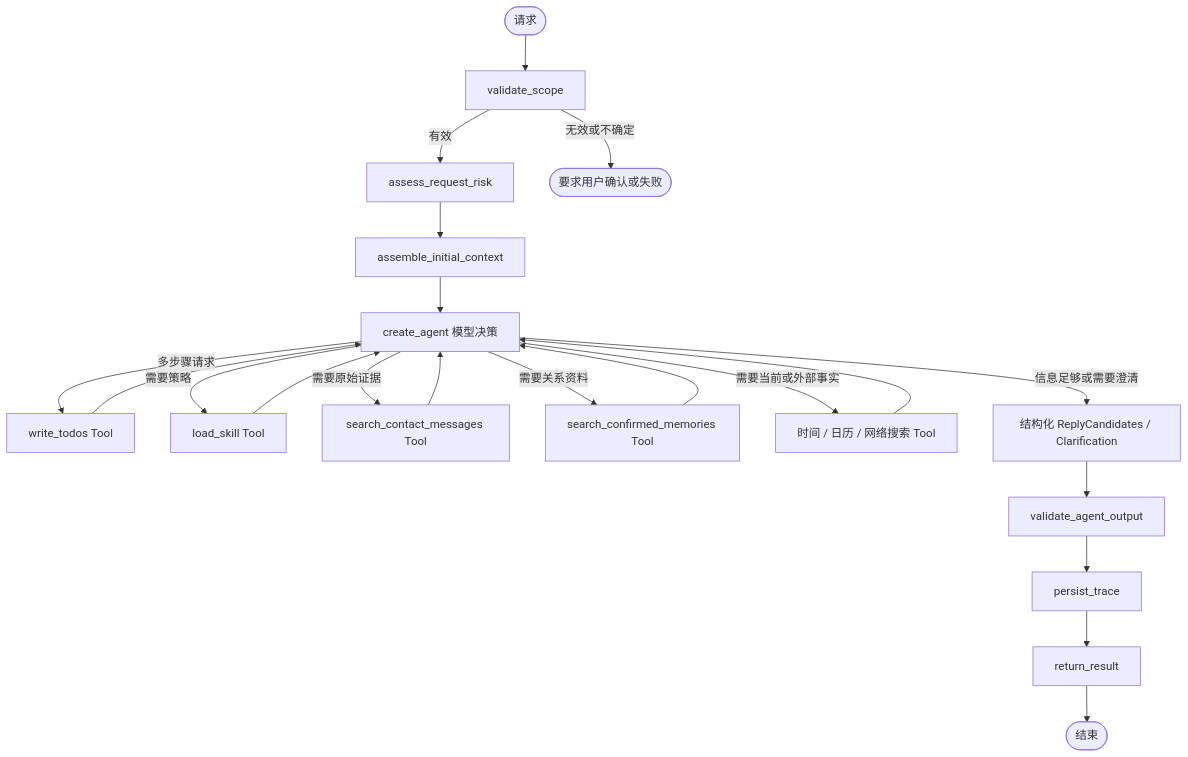
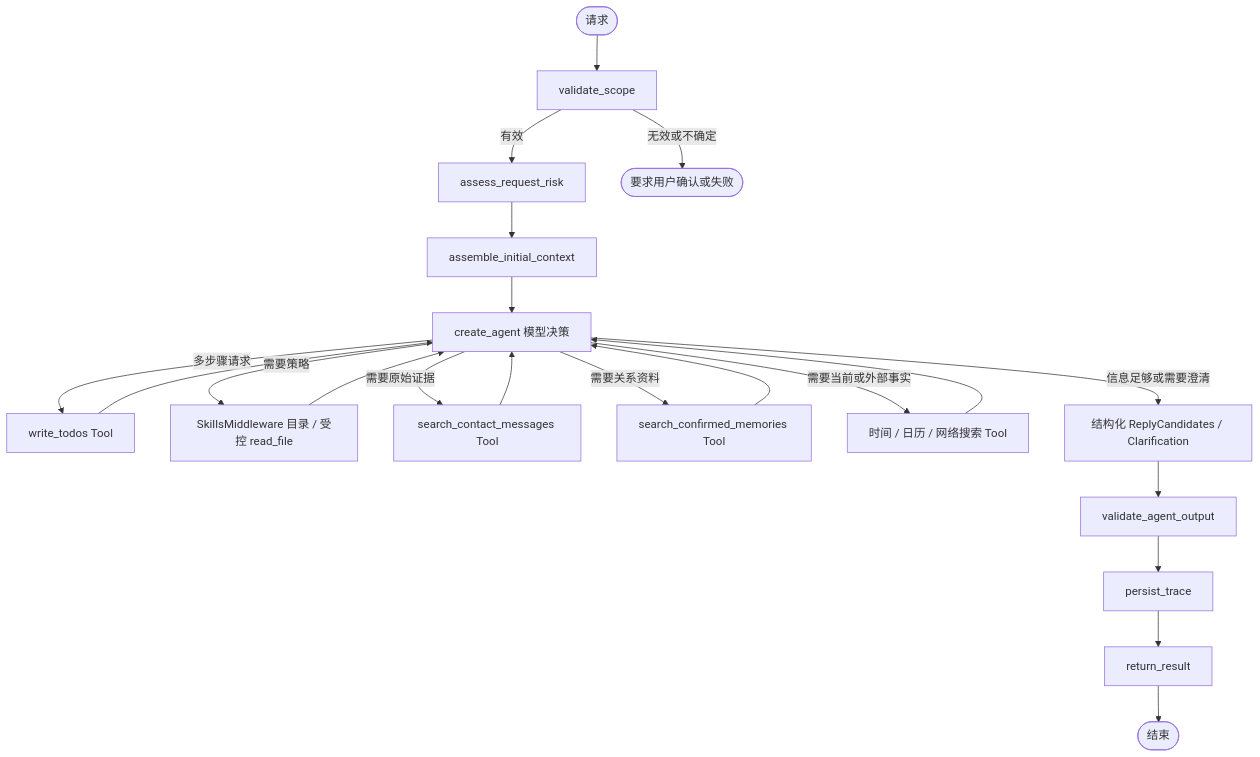
The second of 2 diagrams in architecture/drafts/agent-runtime.md (Aqua-ava/NotAlone), drawn with Mermaid before and after one commit. The commit also changed other lines of this file and 9 other files, not shown here.

````diff
--- a/architecture/drafts/agent-runtime.md
+++ b/architecture/drafts/agent-runtime.md
@@ -51,23 +52,23 @@
 ```mermaid
 flowchart TD
     Start([请求]) --> Scope["validate_scope"]
     Scope -->|有效| Risk["assess_request_risk"]
     Scope -->|无效或不确定| Failed([要求用户确认或失败])
     Risk --> Context["assemble_initial_context"]
     Context --> Agent["create_agent 模型决策"]
     Agent -->|多步骤请求| Todo["write_todos Tool"]
-    Agent -->|需要策略| Skill["load_skill Tool"]
+    Agent -->|需要策略| Skill["SkillsMiddleware 目录 / 受控 read_file"]
     Agent -->|需要原始证据| Messages["search_contact_messages Tool"]
     Agent -->|需要关系资料| Memories["search_confirmed_memories Tool"]
     Agent -->|需要当前或外部事实| External["时间 / 日历 / 网络搜索 Tool"]
     Todo --> Agent
     Skill --> Agent
     Messages --> Agent
     Memories --> Agent
     External --> Agent
     Agent -->|信息足够或需要澄清| Output["结构化 ReplyCandidates / Clarification"]
     Output --> Validate["validate_agent_output"]
     Validate --> Persist["persist_trace"]
     Persist --> Return["return_result"]
     Return --> End([结束])
 ```
````
